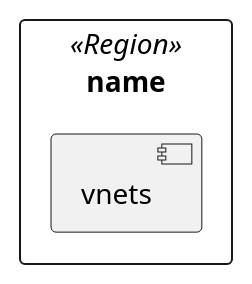
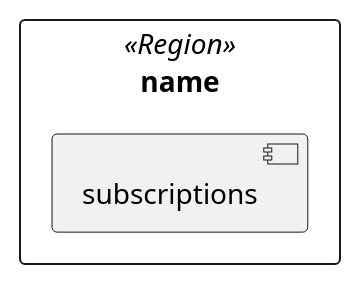
One commit to travisnielsen/azure-diagrammer changed the diagram in templates/region.puml. Above: the diagram before and after it, drawn with PlantUML. The commit also changed 5 other files, not shown here.

```diff
--- a/templates/region.puml
+++ b/templates/region.puml
@@ -1,3 +1,3 @@
 rectangle [name] <<Region>> as [id] {
-    [vnets]
+    [subscriptions]
 }
```
